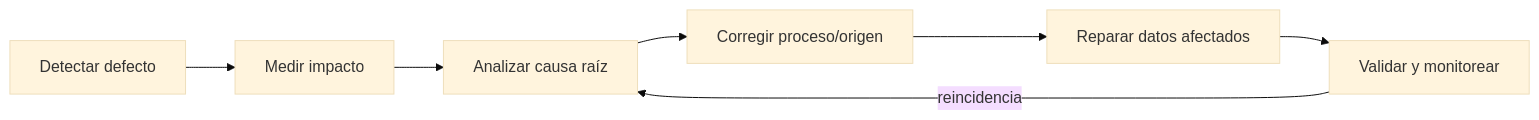
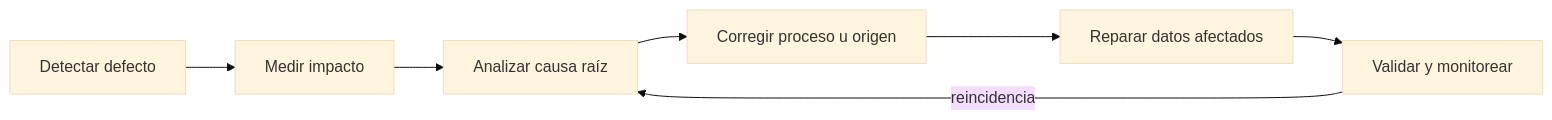
Before and after one commit to unlam-informatica/unlam-informatica.github.io: the diagram in src/content/docs/bbdd-aplicadas/unidad-6/teoria/medicion-calidad.md, drawn with Mermaid (base theme). The commit also changed other lines of this file and 100 other files, not shown here.

````diff
--- a/src/content/docs/bbdd-aplicadas/unidad-6/teoria/medicion-calidad.md
+++ b/src/content/docs/bbdd-aplicadas/unidad-6/teoria/medicion-calidad.md
@@ -95,9 +167,9 @@
 ```mermaid
 flowchart LR
     D[Detectar defecto] --> I[Medir impacto]
     I --> C[Analizar causa raíz]
-    C --> P[Corregir proceso/origen]
+    C --> P[Corregir proceso u origen]
     P --> R[Reparar datos afectados]
     R --> V[Validar y monitorear]
     V -->|reincidencia| C
 ```
````
